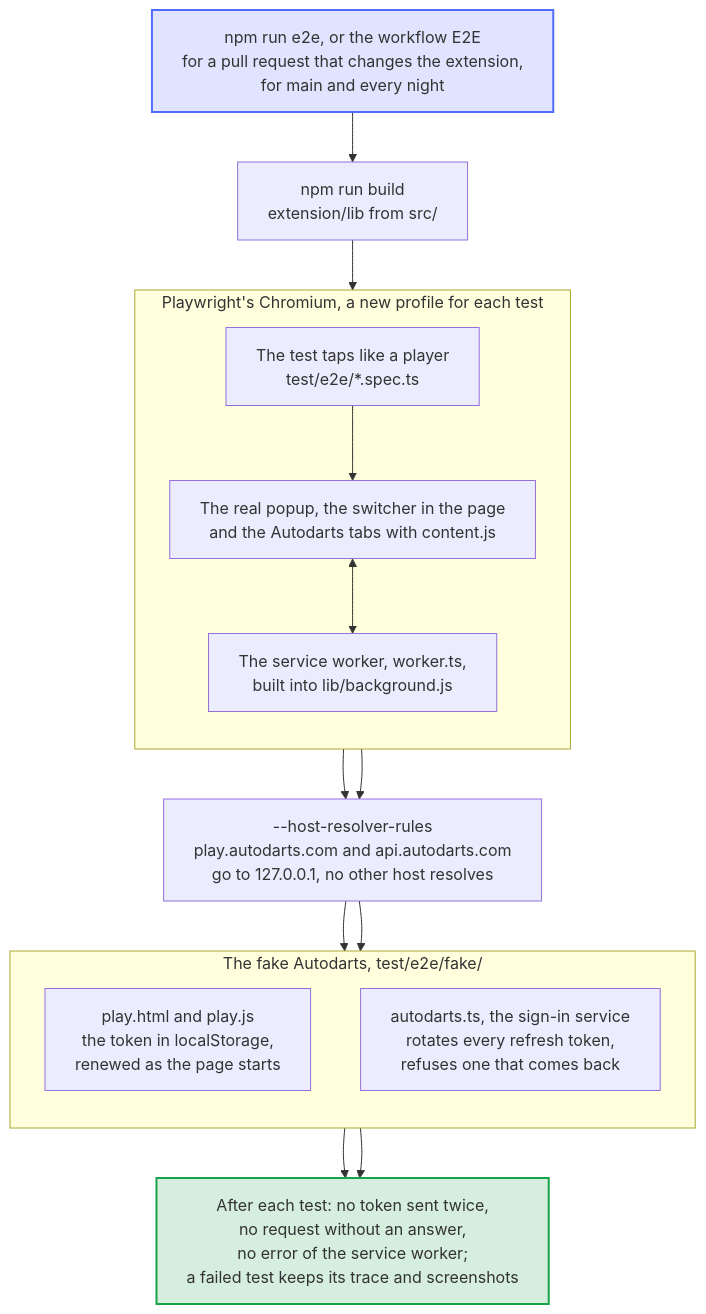
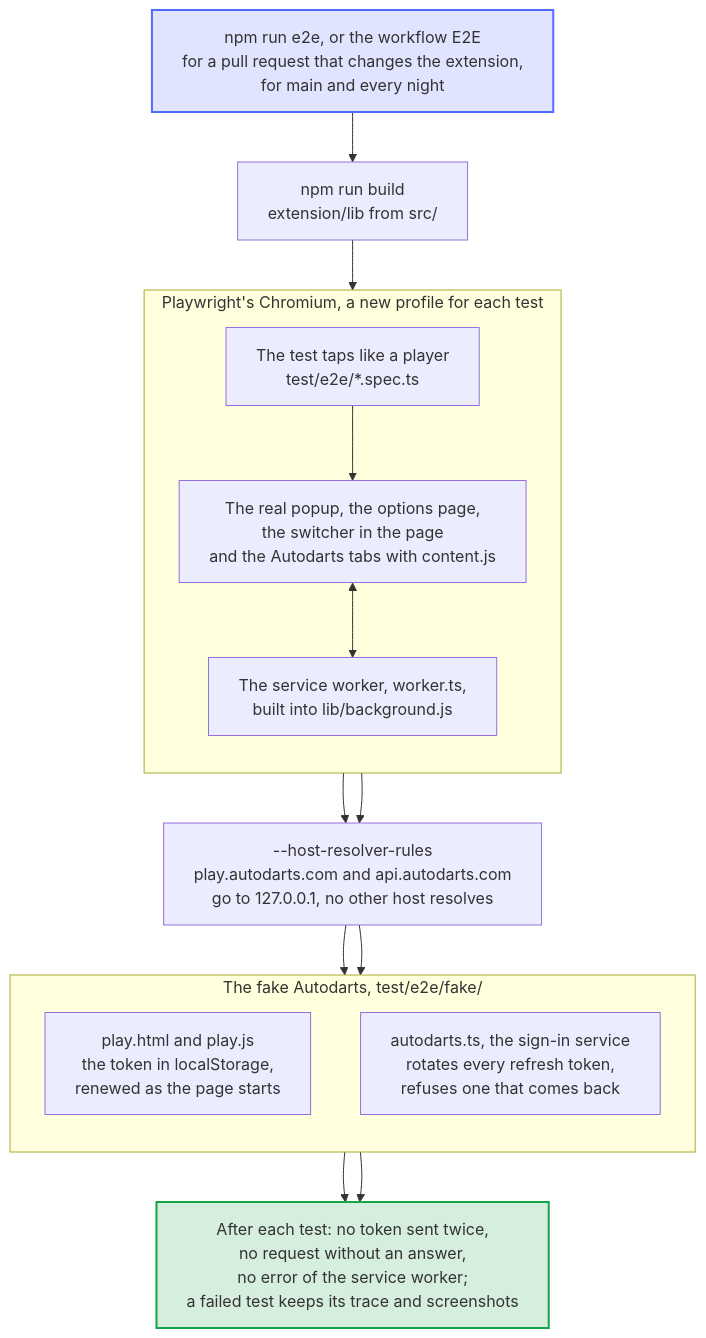
Before and after one commit to Dennis-Otto/player-switch-for-autodarts: the diagram in docs/diagrams/how-the-end-to-end-tests-work.mmd, drawn with Mermaid. The commit also changed 9 other files, not shown here.

First line of the commit message:
test(e2e): walk the options page in the loaded extension (#257)

```diff
--- a/docs/diagrams/how-the-end-to-end-tests-work.mmd
+++ b/docs/diagrams/how-the-end-to-end-tests-work.mmd
@@ -1,43 +1,43 @@
 ---
 config:
   flowchart:
     wrappingWidth: 400
 ---
 flowchart TB
     accTitle: How the end-to-end tests work
-    accDescr: npm run e2e, and the workflow E2E for a pull request that changes the extension, for main and every night, builds extension/lib from src/ and starts Playwright. For each test, Playwright's Chromium starts with a profile of its own and loads the real extension from extension/, as chrome://extensions loads it unpacked. The test taps through the real popup, the switcher in the page and the Autodarts tabs, and the service worker and content.js do the rest. The browser resolves play.autodarts.com and api.autodarts.com to the fake Autodarts on 127.0.0.1 and no other host, so nothing reaches the real Autodarts. The fake page keeps its token in localStorage and renews it as it starts; the fake sign-in service rotates every refresh token and refuses one that comes back. After each test, a token sent twice, a request that the fake has no answer for or an error of the service worker fails it, and a failed test keeps its trace and screenshots.
+    accDescr: npm run e2e, and the workflow E2E for a pull request that changes the extension, for main and every night, builds extension/lib from src/ and starts Playwright. For each test, Playwright's Chromium starts with a profile of its own and loads the real extension from extension/, as chrome://extensions loads it unpacked. The test taps through the real popup, the options page, the switcher in the page and the Autodarts tabs, and the service worker and content.js do the rest. The browser resolves play.autodarts.com and api.autodarts.com to the fake Autodarts on 127.0.0.1 and no other host, so nothing reaches the real Autodarts. The fake page keeps its token in localStorage and renews it as it starts; the fake sign-in service rotates every refresh token and refuses one that comes back. After each test, a token sent twice, a request that the fake has no answer for or an error of the service worker fails it, and a failed test keeps its trace and screenshots.
 
     start["npm run e2e, or the workflow E2E<br>for a pull request that changes the extension,<br>for main and every night"]
     build["npm run build<br>extension/lib from src/"]
     start --> build
 
     subgraph browser ["Playwright's Chromium, a new profile for each test"]
         direction TB
         test["The test taps like a player<br>test/e2e/*.spec.ts"]
-        pages["The real popup, the switcher in the page<br>and the Autodarts tabs with content.js"]
+        pages["The real popup, the options page,<br>the switcher in the page<br>and the Autodarts tabs with content.js"]
         worker["The service worker, worker.ts,<br>built into lib/background.js"]
         test --> pages
         pages <--> worker
     end
     build --> test
 
     resolver["--host-resolver-rules<br>play.autodarts.com and api.autodarts.com<br>go to 127.0.0.1, no other host resolves"]
     pages --> resolver
     worker --> resolver
 
     subgraph fake ["The fake Autodarts, test/e2e/fake/"]
         direction TB
         page["play.html and play.js<br>the token in localStorage,<br>renewed as the page starts"]
         auth["autodarts.ts, the sign-in service<br>rotates every refresh token,<br>refuses one that comes back"]
     end
     resolver --> page
     resolver --> auth
 
     verdict["After each test: no token sent twice,<br>no request without an answer,<br>no error of the service worker;<br>a failed test keeps its trace and screenshots"]
     page --> verdict
     auth --> verdict
 
     classDef bot fill:#526cfe2e,stroke:#526cfe,stroke-width:2px
     classDef done fill:#16a34a2e,stroke:#16a34a,stroke-width:2px
     class start bot
     class verdict done
```
